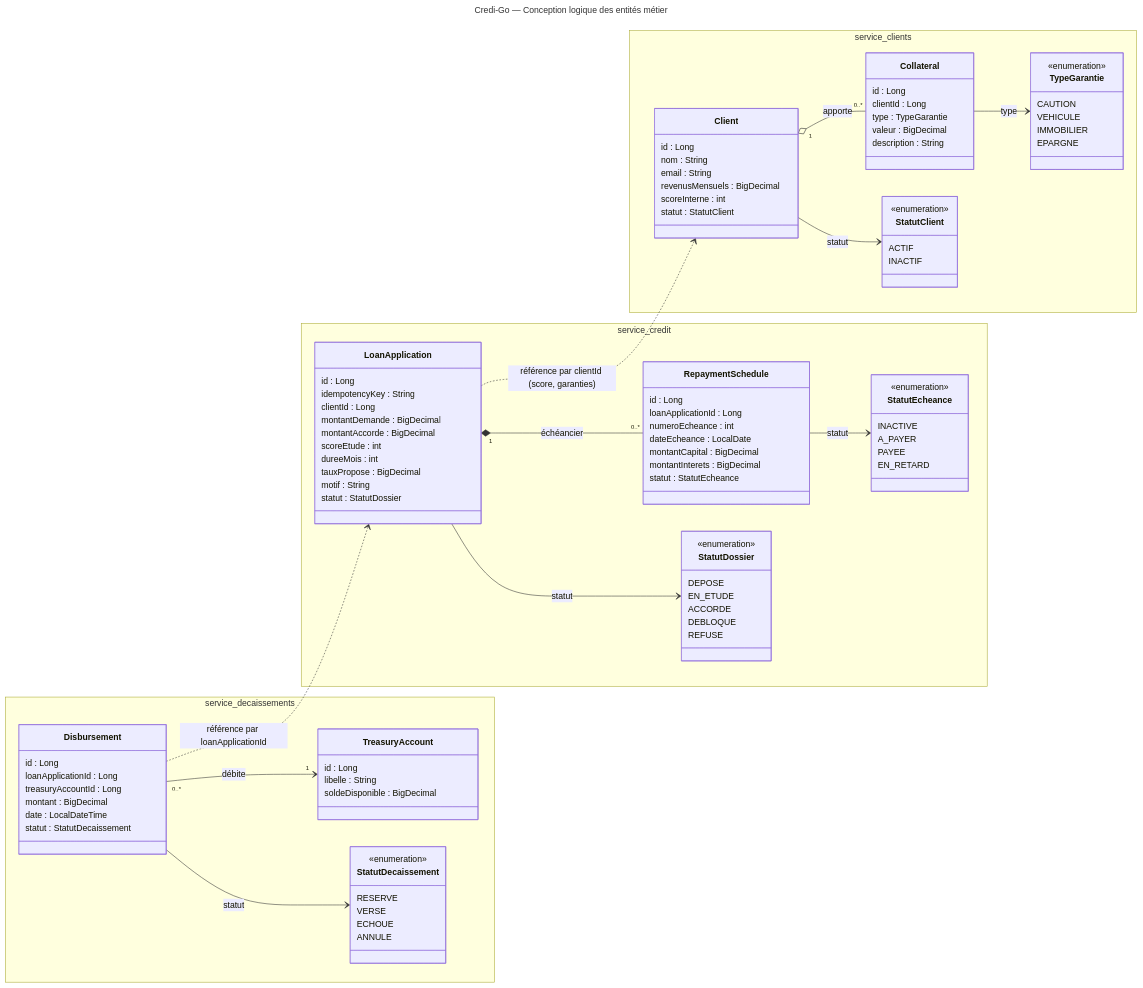
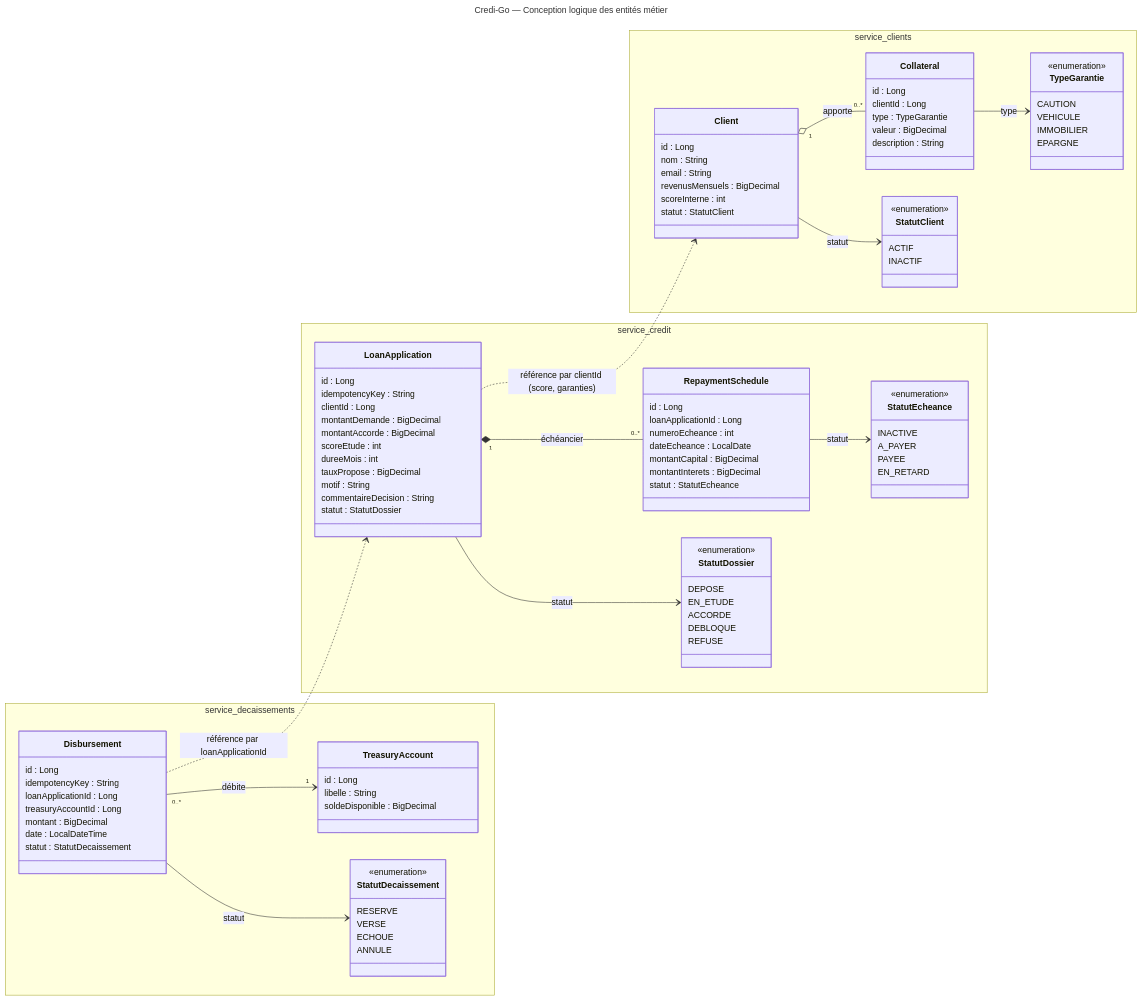
One commit to Omarbakhou/credi-go changed the diagram in docs/diagramme-classes.mmd. Above: the diagram before and after it, drawn with Mermaid. The commit also changed 59 other files, not shown here.

```diff
--- a/docs/diagramme-classes.mmd
+++ b/docs/diagramme-classes.mmd
@@ -1,111 +1,113 @@
 ---
 title: Credi-Go — Conception logique des entités métier
 ---
 classDiagram
     direction LR
 
     namespace service_clients {
         class Client {
             id : Long
             nom : String
             email : String
             revenusMensuels : BigDecimal
             scoreInterne : int
             statut : StatutClient
         }
         class Collateral {
             id : Long
             clientId : Long
             type : TypeGarantie
             valeur : BigDecimal
             description : String
         }
         class StatutClient {
             <<enumeration>>
             ACTIF
             INACTIF
         }
         class TypeGarantie {
             <<enumeration>>
             CAUTION
             VEHICULE
             IMMOBILIER
             EPARGNE
         }
     }
 
     namespace service_credit {
         class LoanApplication {
             id : Long
             idempotencyKey : String
             clientId : Long
             montantDemande : BigDecimal
             montantAccorde : BigDecimal
             scoreEtude : int
             dureeMois : int
             tauxPropose : BigDecimal
             motif : String
+            commentaireDecision : String
             statut : StatutDossier
         }
         class RepaymentSchedule {
             id : Long
             loanApplicationId : Long
             numeroEcheance : int
             dateEcheance : LocalDate
             montantCapital : BigDecimal
             montantInterets : BigDecimal
             statut : StatutEcheance
         }
         class StatutDossier {
             <<enumeration>>
             DEPOSE
             EN_ETUDE
             ACCORDE
             DEBLOQUE
             REFUSE
         }
         class StatutEcheance {
             <<enumeration>>
             INACTIVE
             A_PAYER
             PAYEE
             EN_RETARD
         }
     }
 
     namespace service_decaissements {
         class Disbursement {
             id : Long
+            idempotencyKey : String
             loanApplicationId : Long
             treasuryAccountId : Long
             montant : BigDecimal
             date : LocalDateTime
             statut : StatutDecaissement
         }
         class TreasuryAccount {
             id : Long
             libelle : String
             soldeDisponible : BigDecimal
         }
         class StatutDecaissement {
             <<enumeration>>
             RESERVE
             VERSE
             ECHOUE
             ANNULE
         }
     }
 
     Client "1" o-- "0..*" Collateral : apporte
     Client --> StatutClient : statut
     Collateral --> TypeGarantie : type
 
     LoanApplication "1" *-- "0..*" RepaymentSchedule : échéancier
     LoanApplication --> StatutDossier : statut
     RepaymentSchedule --> StatutEcheance : statut
 
     Disbursement "0..*" --> "1" TreasuryAccount : débite
     Disbursement --> StatutDecaissement : statut
 
     LoanApplication ..> Client : référence par clientId (score, garanties)
     Disbursement ..> LoanApplication : référence par loanApplicationId
```
